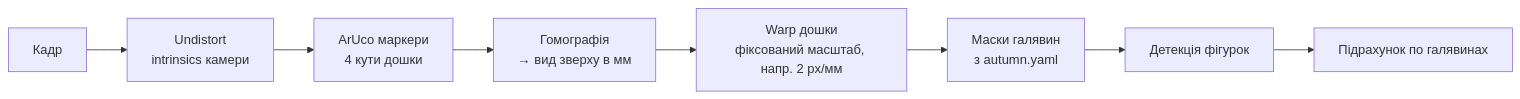
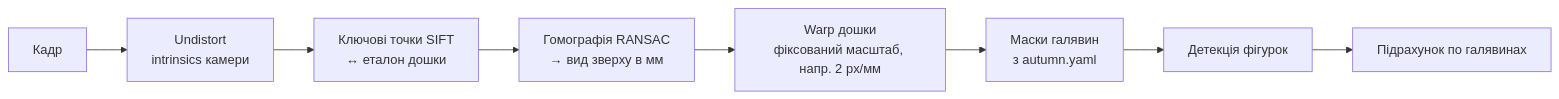
Before and after one commit to olenakshyk/RootBot: the diagram in docs/vision.md, drawn with Mermaid. The commit also changed other lines of this file and 16 other files, not shown here.

````diff
--- a/docs/vision.md
+++ b/docs/vision.md
@@ -25,10 +26,10 @@
 ```mermaid
 flowchart LR
     F[Кадр] --> U[Undistort<br/>intrinsics камери]
-    U --> A[ArUco маркери<br/>4 кути дошки]
-    A --> H[Гомографія<br/>→ вид зверху в мм]
+    U --> K[Ключові точки SIFT<br/>↔ еталон дошки]
+    K --> H[Гомографія RANSAC<br/>→ вид зверху в мм]
     H --> W[Warp дошки<br/>фіксований масштаб, напр. 2 px/мм]
     W --> R[Маски галявин<br/>з autumn.yaml]
     R --> D[Детекція фігурок]
     D --> C[Підрахунок по галявинах]
 ```
````
